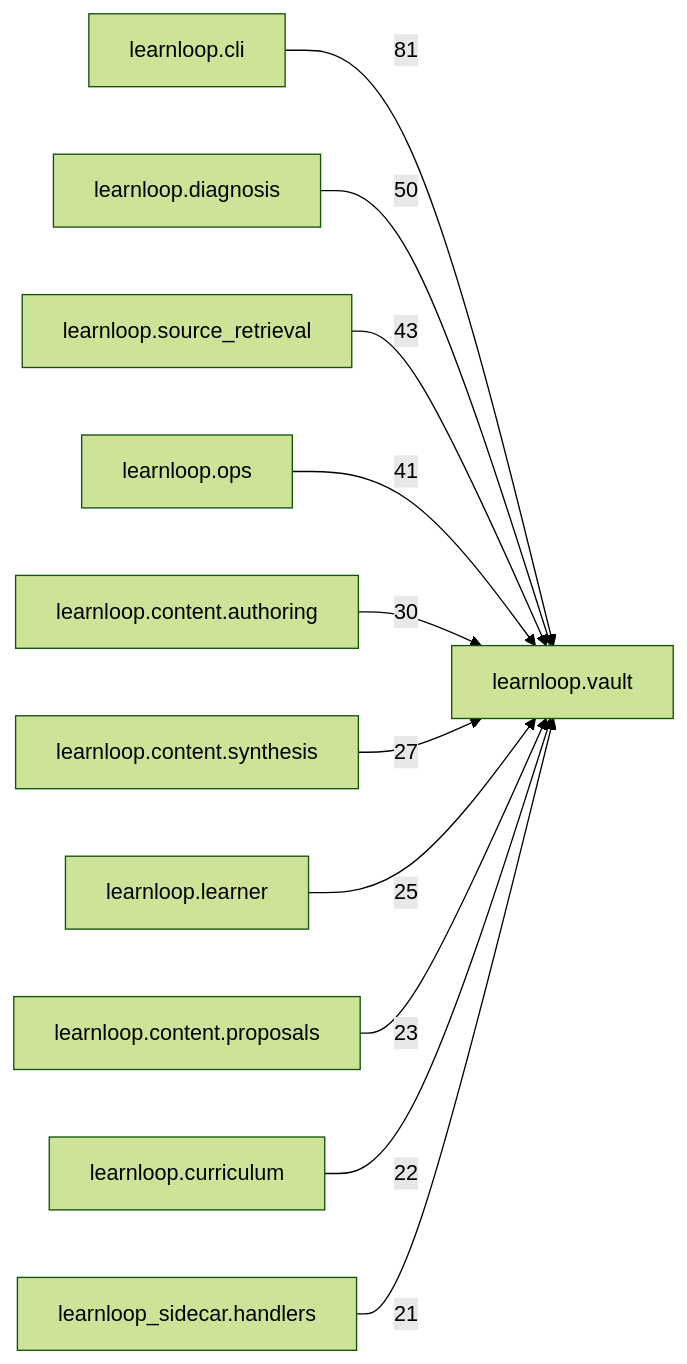
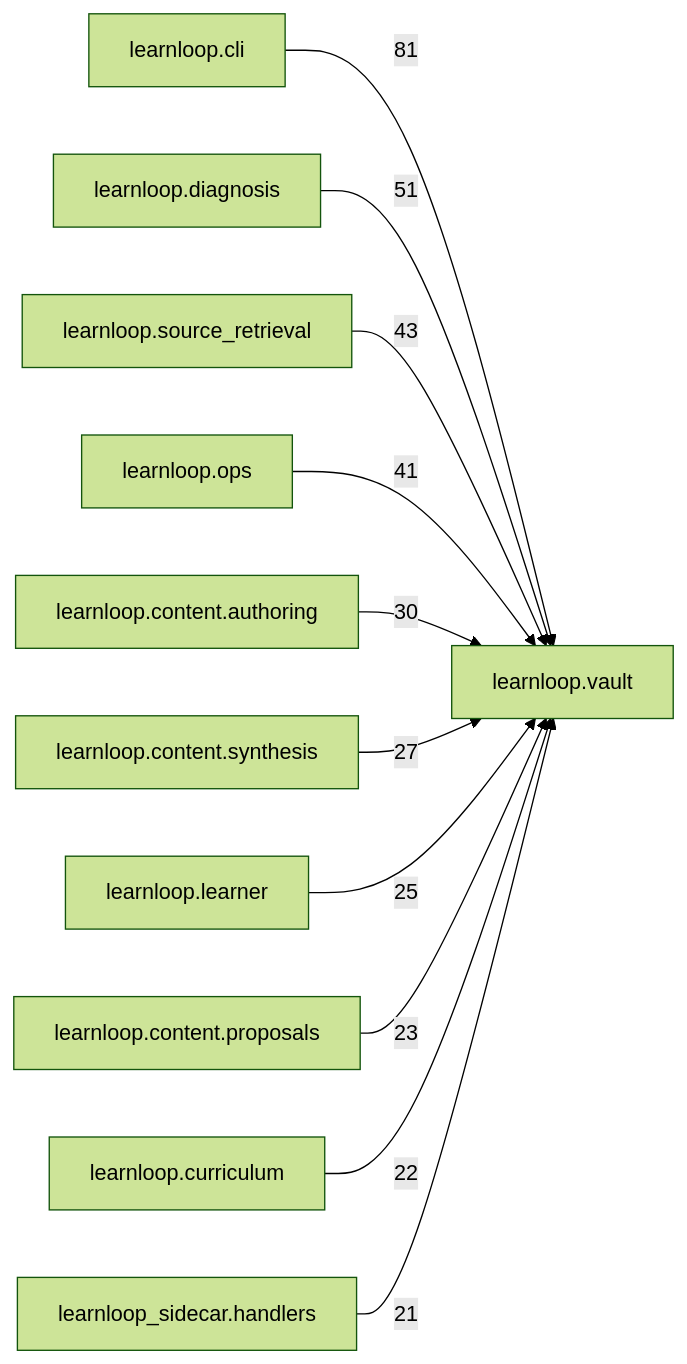
The diagram in docs/learnloop-architecture-vault/Reference/Modules/learnloop/vault/_package.md (6up-b/learnanything), drawn with Mermaid (forest theme) before and after one commit. The commit also changed other lines of this file and 29 other files, not shown here.

````diff
--- a/docs/learnloop-architecture-vault/Reference/Modules/learnloop/vault/_package.md
+++ b/docs/learnloop-architecture-vault/Reference/Modules/learnloop/vault/_package.md
@@ -137,24 +137,24 @@
 ```mermaid
 flowchart LR
     center["learnloop.vault"]
     n_learnloop_cli["learnloop.cli"]
     n_learnloop_diagnosis["learnloop.diagnosis"]
     n_learnloop_source_retrieval["learnloop.source_retrieval"]
     n_learnloop_ops["learnloop.ops"]
     n_learnloop_content_authoring["learnloop.content.authoring"]
     n_learnloop_content_synthesis["learnloop.content.synthesis"]
     n_learnloop_learner["learnloop.learner"]
     n_learnloop_content_proposals["learnloop.content.proposals"]
     n_learnloop_curriculum["learnloop.curriculum"]
     n_learnloop_sidecar_handlers["learnloop_sidecar.handlers"]
     n_learnloop_cli -->|81| center
-    n_learnloop_diagnosis -->|50| center
+    n_learnloop_diagnosis -->|51| center
     n_learnloop_source_retrieval -->|43| center
     n_learnloop_ops -->|41| center
     n_learnloop_content_authoring -->|30| center
     n_learnloop_content_synthesis -->|27| center
     n_learnloop_learner -->|25| center
     n_learnloop_content_proposals -->|23| center
     n_learnloop_curriculum -->|22| center
     n_learnloop_sidecar_handlers -->|21| center
 ```
````
